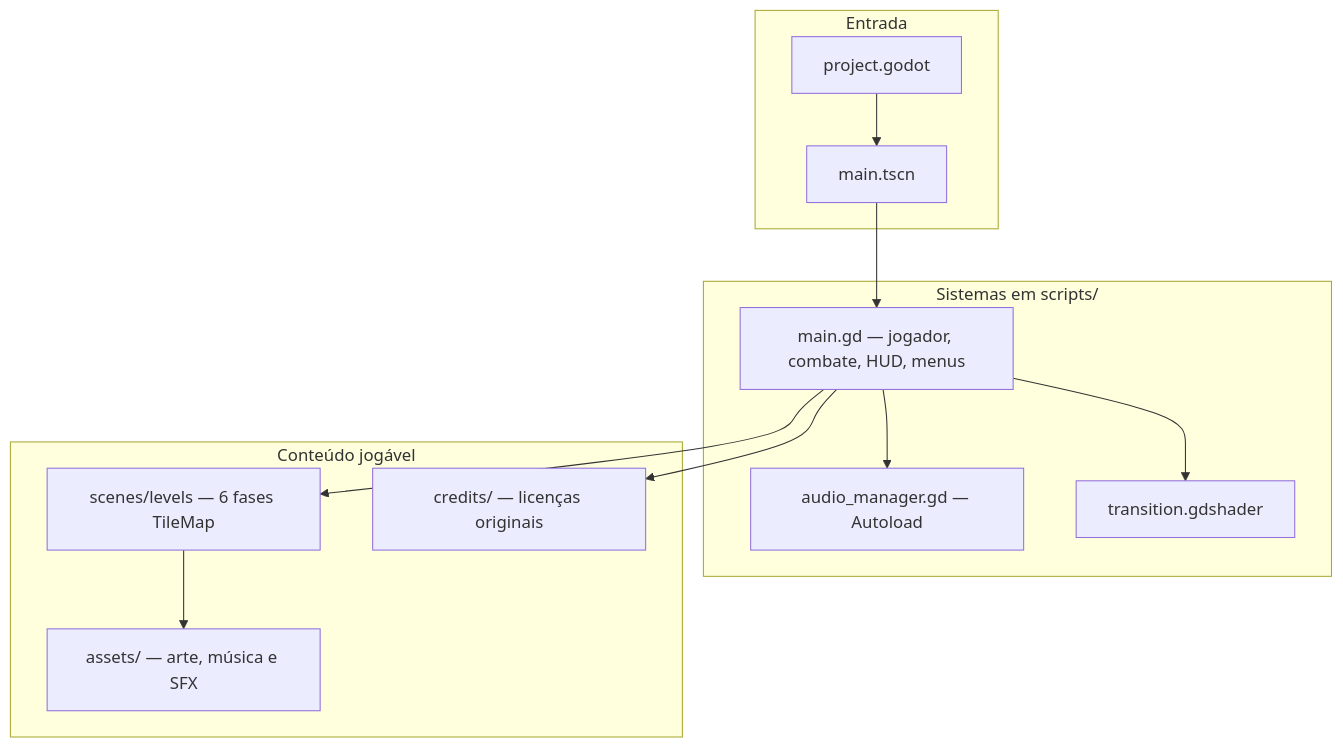
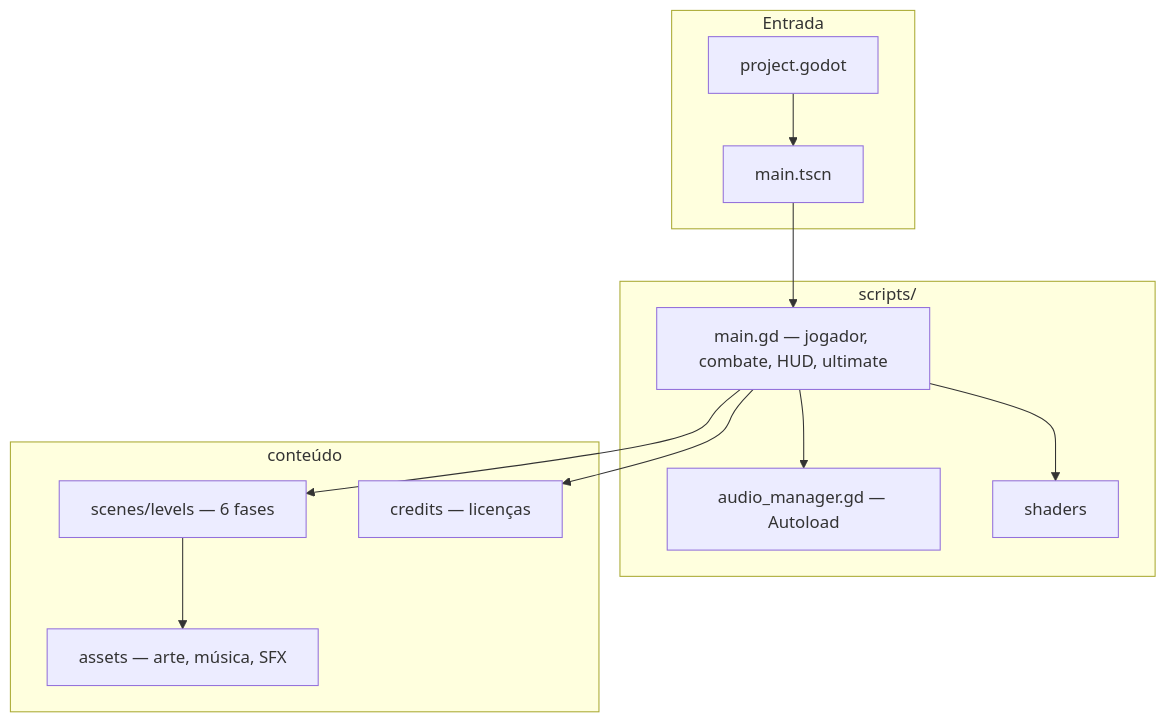
One commit to gouverney8/tcc_colegio_estadual changed the second of 3 diagrams in README.md. Above: the diagram before and after it, drawn with Mermaid. The commit also changed other lines of this file and 20 other files, not shown here.

````diff
--- a/README.md
+++ b/README.md
@@ -82,27 +80,27 @@
 ```mermaid
 flowchart TB
     subgraph Entrada
         P[project.godot]
         M[main.tscn]
     end
 
-    subgraph Sistemas["Sistemas em scripts/"]
-        G[main.gd — jogador, combate, HUD, menus]
+    subgraph Sistemas["scripts/"]
+        G[main.gd — jogador, combate, HUD, ultimate]
         A[audio_manager.gd — Autoload]
-        S[transition.gdshader]
+        S[shaders]
     end
 
-    subgraph Conteudo["Conteúdo jogável"]
-        L[scenes/levels — 6 fases TileMap]
-        AS[assets/ — arte, música e SFX]
-        C[credits/ — licenças originais]
+    subgraph Conteudo["conteúdo"]
+        L[scenes/levels — 6 fases]
+        AS[assets — arte, música, SFX]
+        C[credits — licenças]
     end
 
     P --> M
     M --> G
     G --> A
     G --> S
     G --> L
     L --> AS
     G --> C
 ```
````
